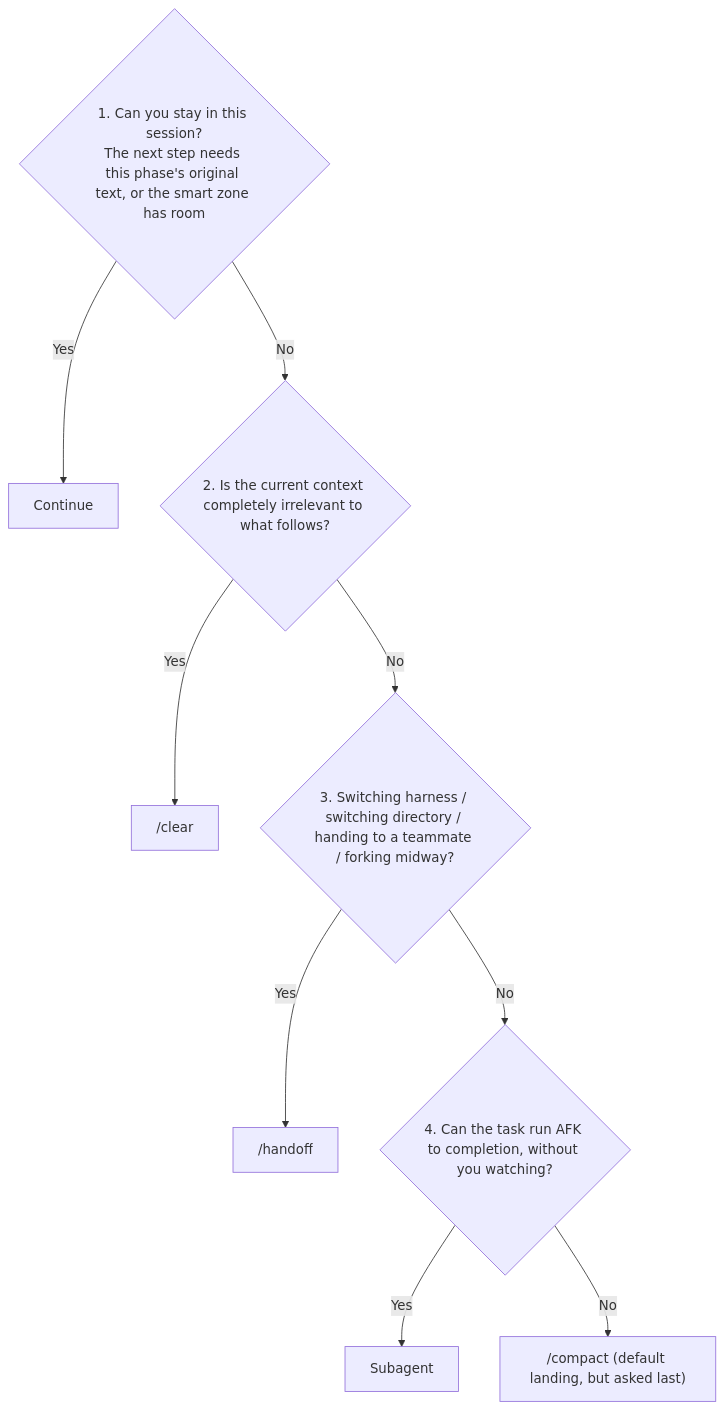
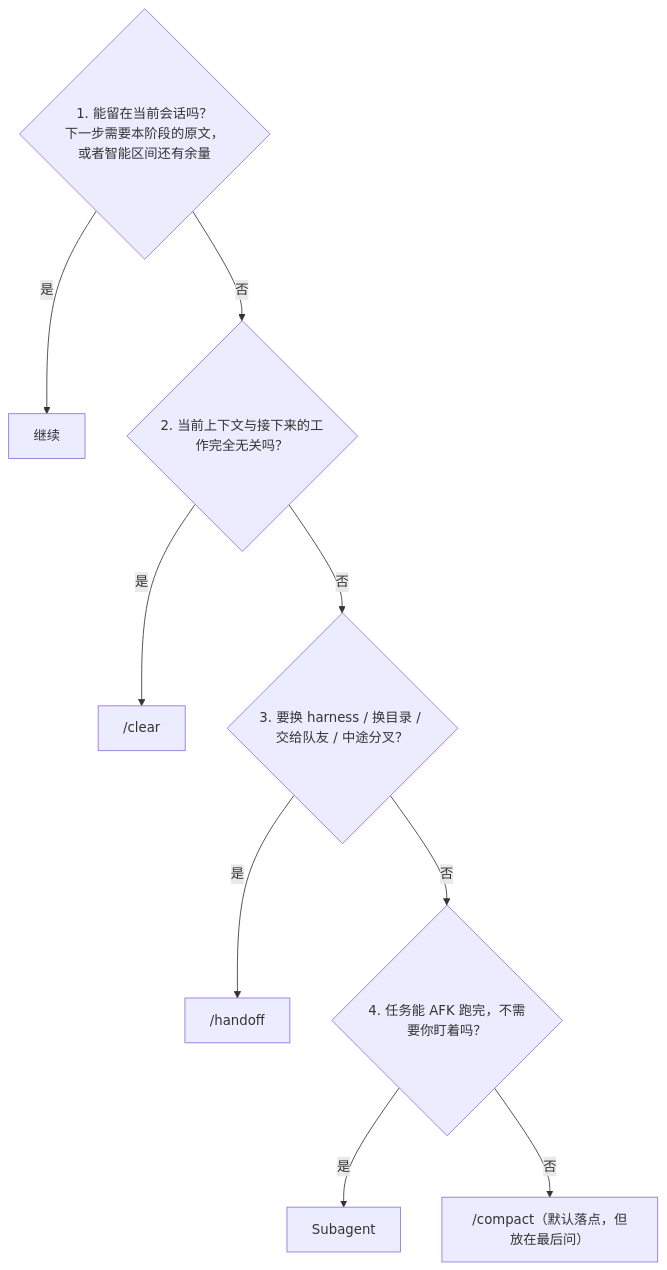
One commit to zxsong111/skills changed the second of 3 diagrams in SKILLS-MAP.md. Above: the diagram before and after it, drawn with Mermaid. The commit also changed other lines of this file and 220 other files, not shown here.

````diff
--- a/SKILLS-MAP.md
+++ b/SKILLS-MAP.md
@@ -84,11 +84,11 @@
 ```mermaid
 flowchart TD
-  q1{"1. Can you stay in this session?<br/>The next step needs this phase's original text, or the smart zone has room"} -- Yes --> c["Continue"]
-  q1 -- No --> q2{"2. Is the current context completely irrelevant to what follows?"}
-  q2 -- Yes --> clear["/clear"]
-  q2 -- No --> q3{"3. Switching harness / switching directory / handing to a teammate / forking midway?"}
-  q3 -- Yes --> h["/handoff"]
-  q3 -- No --> q4{"4. Can the task run AFK to completion, without you watching?"}
-  q4 -- Yes --> sub["Subagent"]
-  q4 -- No --> comp["/compact (default landing, but asked last)"]
+  q1{"1. 能留在当前会话吗？<br/>下一步需要本阶段的原文，或者智能区间还有余量"} -- "是" --> c["继续"]
+  q1 -- "否" --> q2{"2. 当前上下文与接下来的工作完全无关吗？"}
+  q2 -- "是" --> clear["/clear"]
+  q2 -- "否" --> q3{"3. 要换 harness / 换目录 / 交给队友 / 中途分叉？"}
+  q3 -- "是" --> h["/handoff"]
+  q3 -- "否" --> q4{"4. 任务能 AFK 跑完，不需要你盯着吗？"}
+  q4 -- "是" --> sub["Subagent"]
+  q4 -- "否" --> comp["/compact（默认落点，但放在最后问）"]
 ```
````
